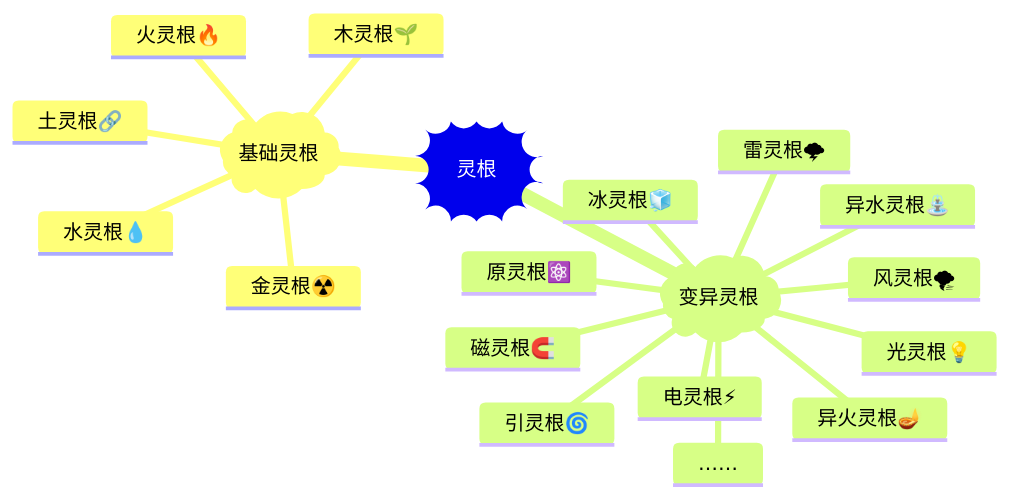
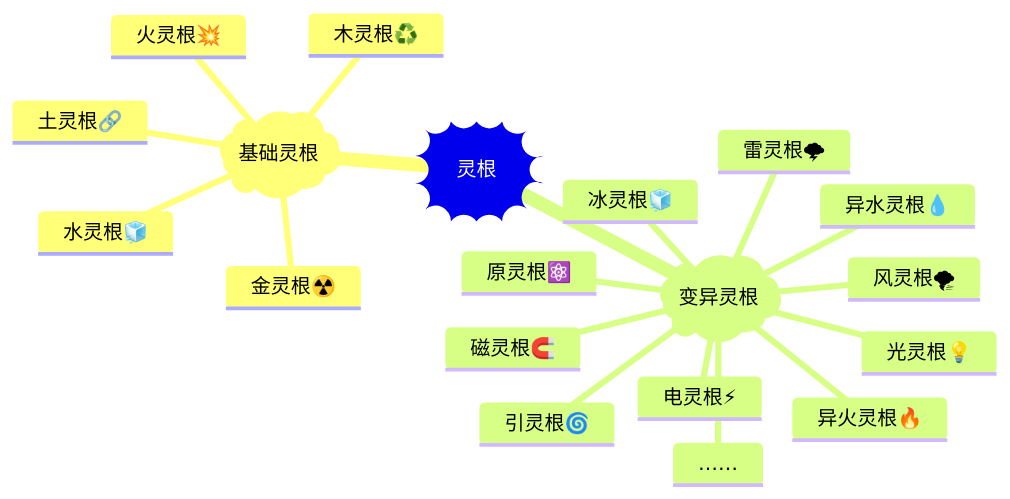
Diagram 30 of 42 in 015-不凡惊悟/readme.md (ChenyangGao/adventures-of-super-ye), drawn with Mermaid before and after one commit. The commit also changed other lines of this file and 135 other files, not shown here.

````diff
--- a/015-不凡惊悟/readme.md
+++ b/015-不凡惊悟/readme.md
@@ -956,22 +1069,22 @@
 ```mermaid  
 mindmap
   root))灵根((  
     basic)基础灵根(  
       金灵根☢️  
-      木灵根🌱  
-      水灵根💧  
-      火灵根🔥  
+      木灵根♻️  
+      水灵根🧊  
+      火灵根💥  
       土灵根🔗  
     attached)变异灵根(  
-      异火灵根🪔  
-      异水灵根⛲  
+      异火灵根🔥  
+      异水灵根💧  
       风灵根🌪  
       雷灵根🌩  
       冰灵根🧊  
       光灵根💡  
       电灵根⚡  
       原灵根⚛️  
       磁灵根🧲  
       引灵根🌀  
       ……  
 ```  
````
